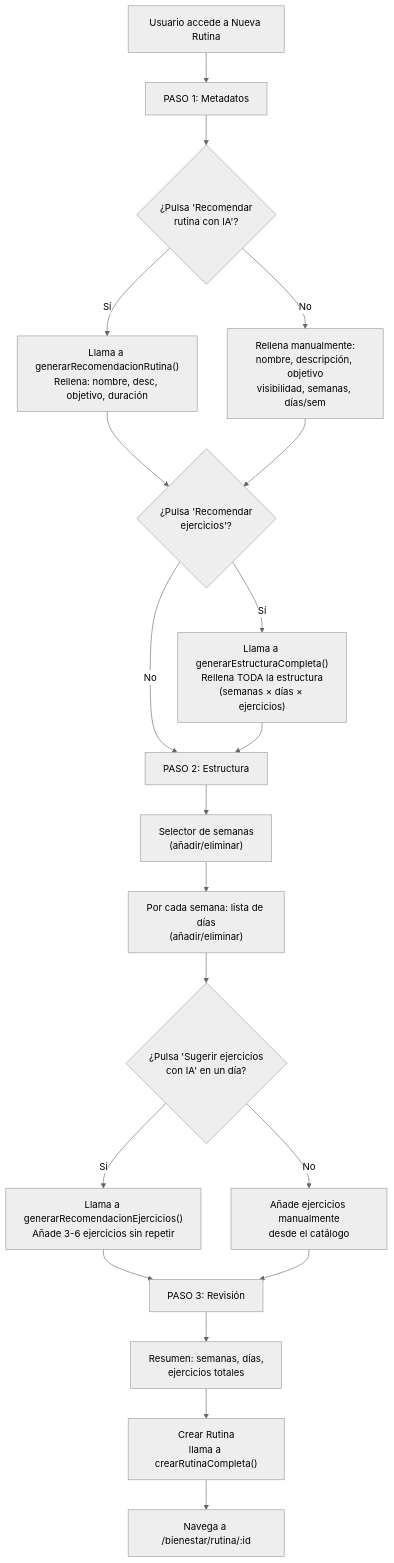
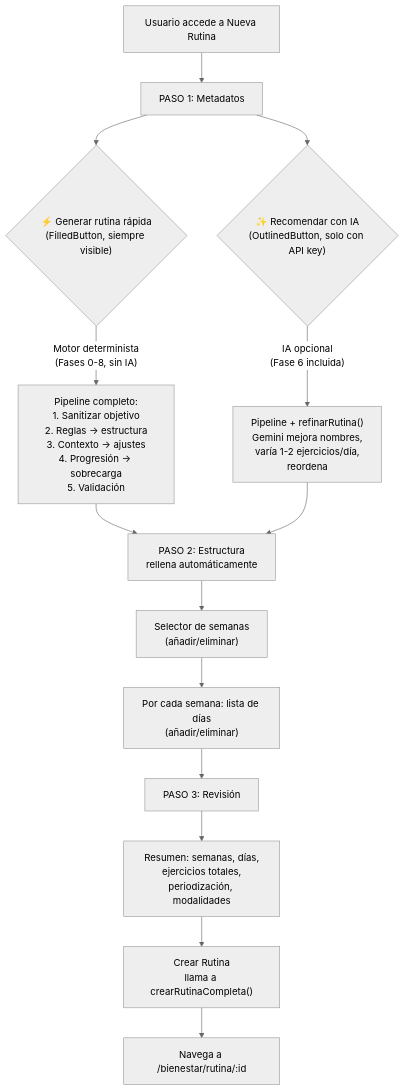
The third of 5 diagrams in docs/06-frontend.md (Jloen1999/synaptixfit), drawn with Mermaid (neutral theme) before and after one commit. The commit also changed other lines of this file and 270 other files, not shown here.

````diff
--- a/docs/06-frontend.md
+++ b/docs/06-frontend.md
@@ -146,29 +216,21 @@
 ```mermaid
 flowchart TD
     Start["Usuario accede a Nueva Rutina"] --> Paso1["PASO 1: Metadatos"]
 
-    Paso1 --> BotonIA1{"¿Pulsa 'Recomendar\nrutina con IA'?"}
-    BotonIA1 -->|Sí| IA1["Llama a generarRecomendacionRutina()\nRellena: nombre, desc, objetivo, duración"]
-    BotonIA1 -->|No| Manual1["Rellena manualmente:\nnombre, descripción, objetivo\nvisibilidad, semanas, días/sem"]
+    Paso1 --> BotonRapido{"⚡ Generar rutina rápida\n(FilledButton, siempre visible)"}
+    Paso1 --> BotonIA{"✨ Recomendar con IA\n(OutlinedButton, solo con API key)"}
 
-    IA1 --> BotonIA2{"¿Pulsa 'Recomendar\nejercicios'?"}
-    Manual1 --> BotonIA2
+    BotonRapido -->|"Motor determinista\n(Fases 0-8, sin IA)"| Pipeline["Pipeline completo:\n1. Sanitizar objetivo\n2. Reglas → estructura\n3. Contexto → ajustes\n4. Progresión → sobrecarga\n5. Validación"]
+    BotonIA -->|"IA opcional\n(Fase 6 incluida)"| PipelineIA["Pipeline + refinarRutina()\nGemini mejora nombres,\nvaría 1-2 ejercicios/día,\nreordena"]
 
-    BotonIA2 -->|Sí| IA2["Llama a generarEstructuraCompleta()\nRellena TODA la estructura\n(semanas × días × ejercicios)"]
-    BotonIA2 -->|No| Paso2["PASO 2: Estructura"]
-
-    IA2 --> Paso2
+    Pipeline --> Paso2["PASO 2: Estructura\nrellena automáticamente"]
+    PipelineIA --> Paso2
 
     Paso2 --> Semanas["Selector de semanas\n(añadir/eliminar)"]
     Semanas --> Dias["Por cada semana: lista de días\n(añadir/eliminar)"]
-    Dias --> BotonIA3{"¿Pulsa 'Sugerir ejercicios\ncon IA' en un día?"}
-    BotonIA3 -->|Sí| IA3["Llama a generarRecomendacionEjercicios()\nAñade 3-6 ejercicios sin repetir"]
-    BotonIA3 -->|No| Manual3["Añade ejercicios manualmente\ndesde el catálogo"]
+    Dias --> Paso3
 
-    IA3 --> Paso3
-    Manual3 --> Paso3
-
-    Paso3["PASO 3: Revisión"] --> Review["Resumen: semanas, días,\nejercicios totales"]
+    Paso3["PASO 3: Revisión"] --> Review["Resumen: semanas, días,\nejercicios totales,\nperiodización, modalidades"]
     Review --> Create["Crear Rutina\nllama a crearRutinaCompleta()"]
     Create --> Navigate["Navega a /bienestar/rutina/:id"]
 ```
````
